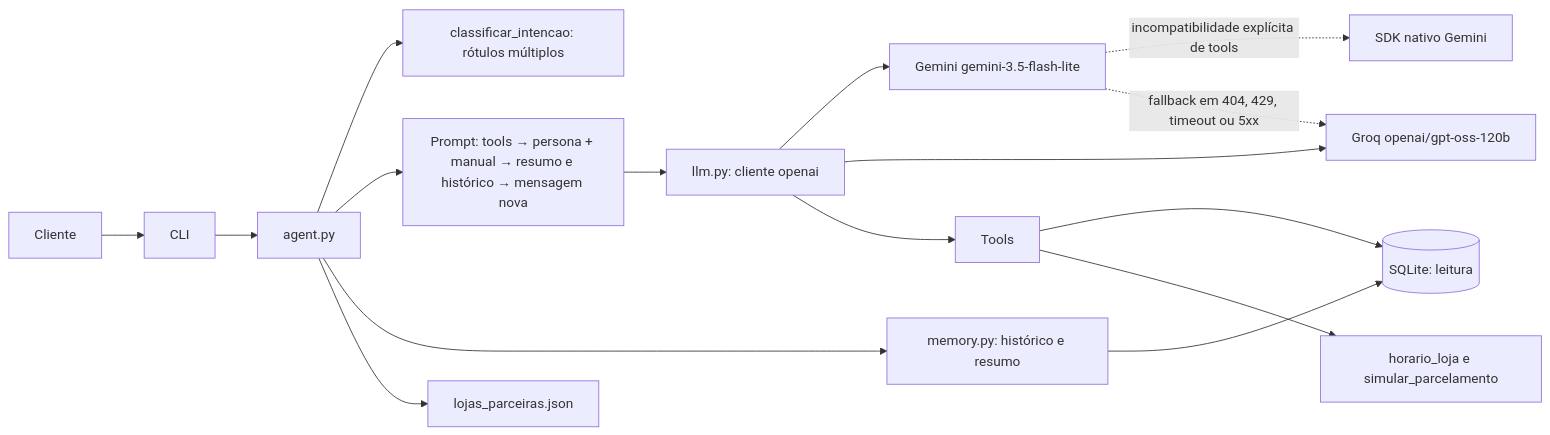
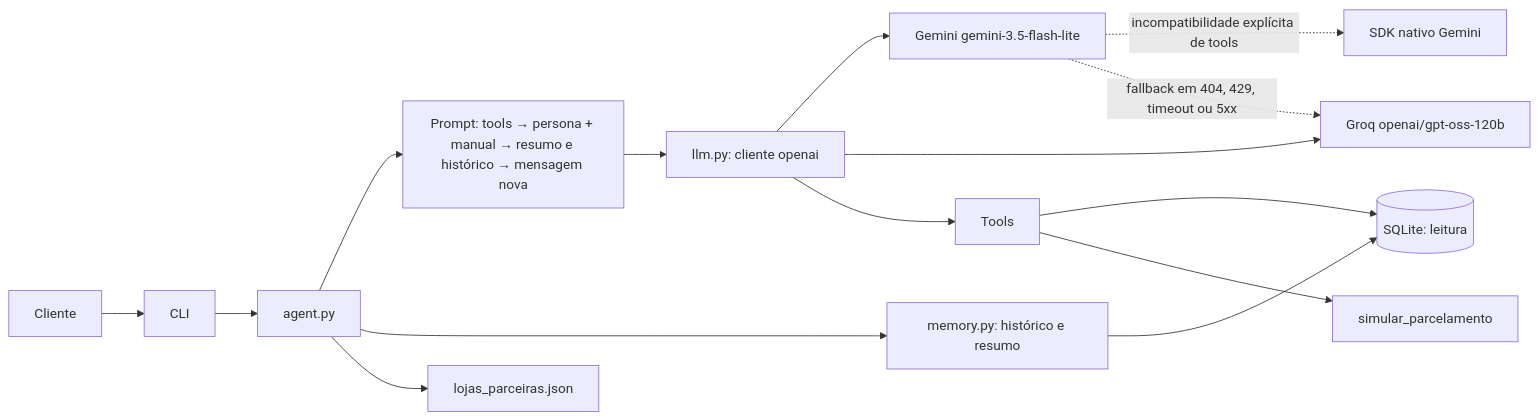
The diagram in docs/ARQUITETURA.md (Vinicius-D-Lima/Emporio-da-Musica-agente-), drawn with Mermaid before and after one commit. The commit also changed other lines of this file and 5 other files, not shown here.

````diff
--- a/docs/ARQUITETURA.md
+++ b/docs/ARQUITETURA.md
@@ -11,18 +11,17 @@
 ```mermaid
 flowchart LR
     C[Cliente] --> CLI[CLI]
     CLI --> A[agent.py]
-    A --> I[classificar_intencao: rótulos múltiplos]
     A --> P[Prompt: tools → persona + manual → resumo e histórico → mensagem nova]
     P --> L[llm.py: cliente openai]
     L --> G[Gemini gemini-3.5-flash-lite]
     G -. incompatibilidade explícita de tools .-> GN[SDK nativo Gemini]
     L --> R[Groq openai/gpt-oss-120b]
     G -. fallback em 404, 429, timeout ou 5xx .-> R
     L --> T[Tools]
     T --> DB[(SQLite: leitura)]
-    T --> H[horario_loja e simular_parcelamento]
+    T --> H[simular_parcelamento]
     A --> M[memory.py: histórico e resumo]
     M --> DB
     A --> S[lojas_parceiras.json]
 ```
````
